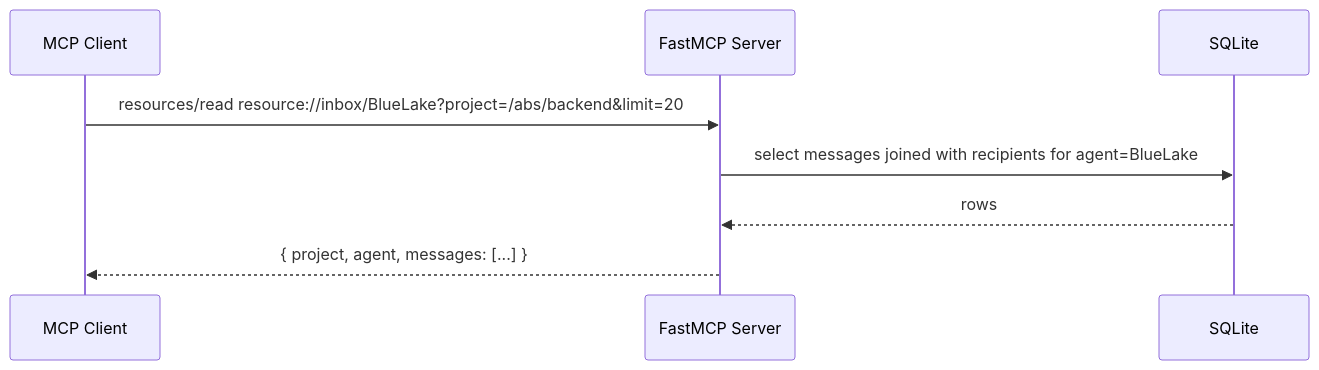
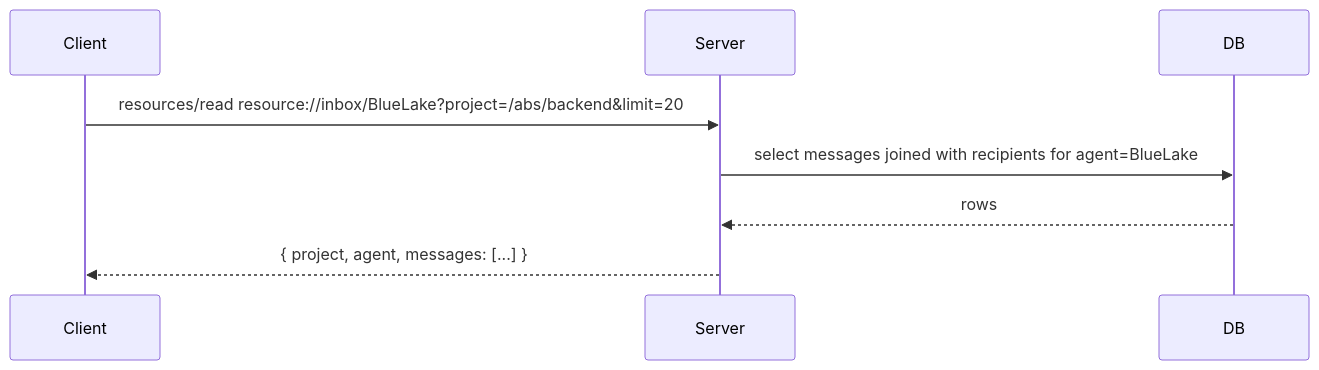
The fourth of 4 diagrams in README.md (Dicklesworthstone/mcp_agent_mail), drawn with Mermaid before and after one commit. The commit also changed other lines of this file and 8 other files, not shown here.

````diff
--- a/README.md
+++ b/README.md
@@ -502,11 +505,11 @@
 ```mermaid
 sequenceDiagram
-  participant Client as MCP Client
-  participant Server as FastMCP Server
-  participant DB as SQLite
+  participant Client
+  participant Server
+  participant DB
 
   Client->>Server: resources/read resource://inbox/BlueLake?project=/abs/backend&limit=20
   Server->>DB: select messages joined with recipients for agent=BlueLake
   DB-->>Server: rows
   Server-->>Client: { project, agent, messages: [...] }
 ```
````
